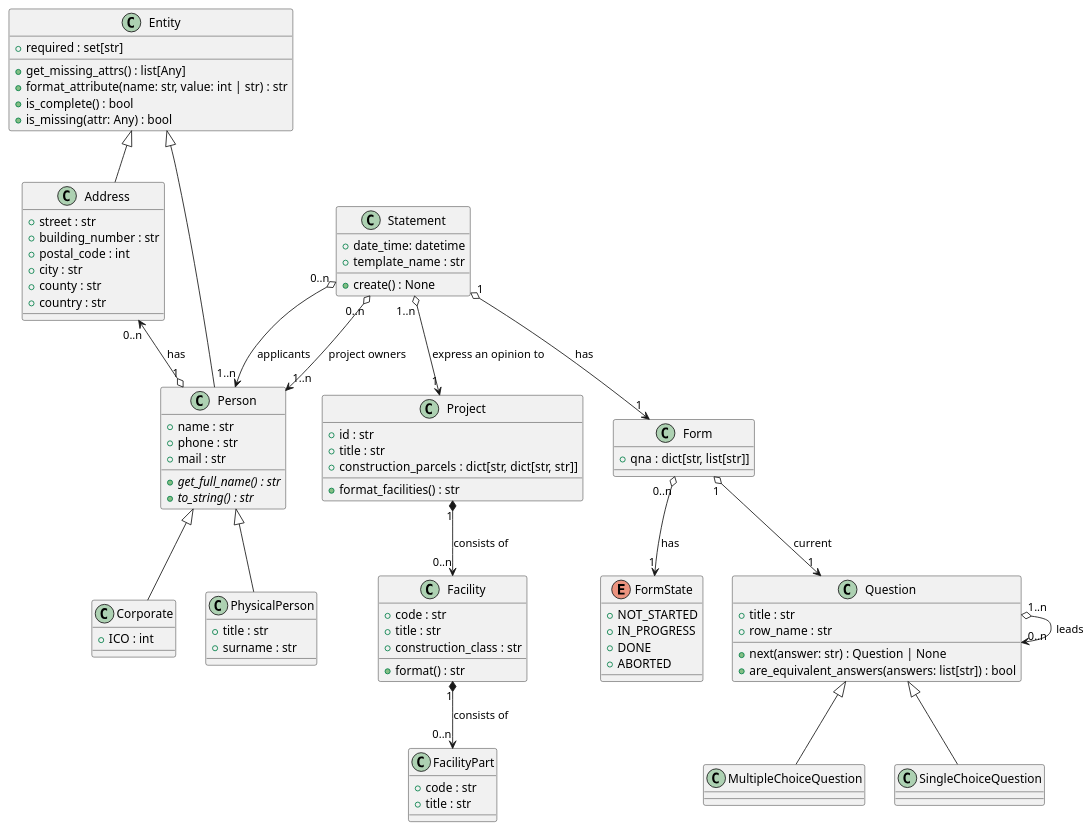
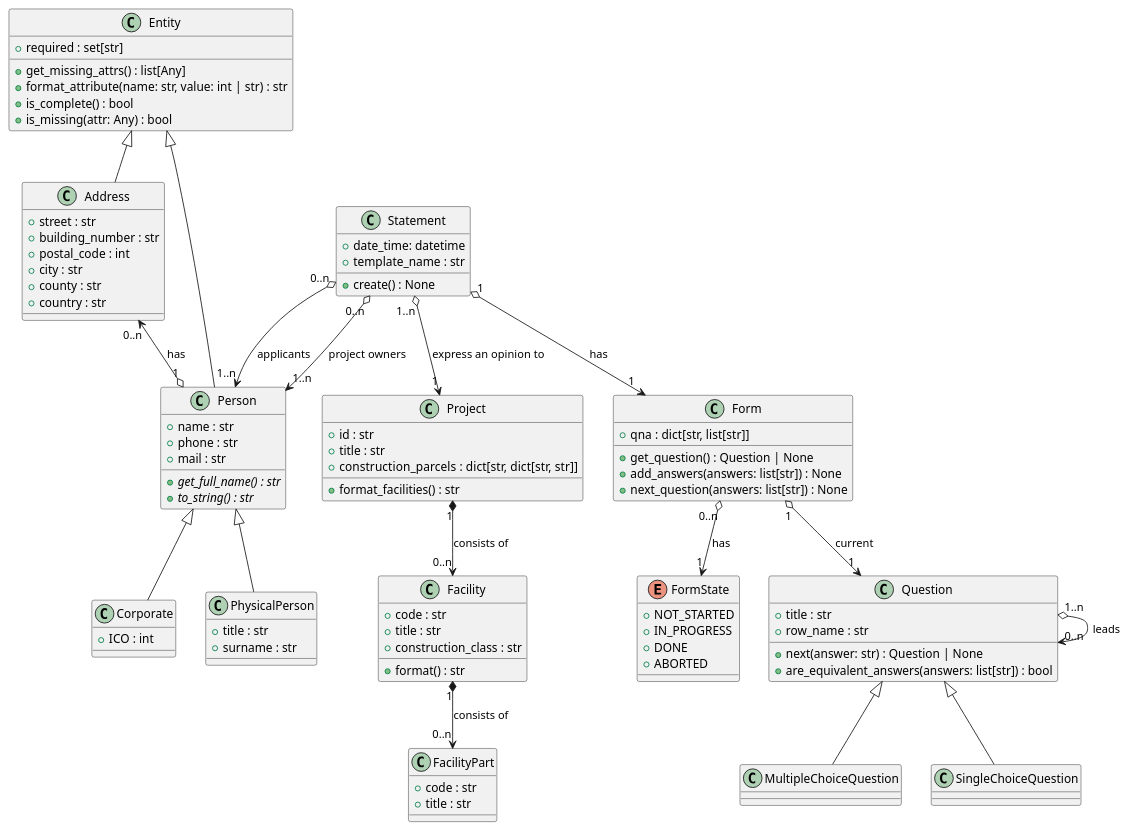
One commit to PetoSisan/DPO changed the diagram in docs/data_class_diagram.puml. Above: the diagram before and after it, drawn with PlantUML.

Commit message:
adds design class diagram

```diff
--- a/docs/data_class_diagram.puml
+++ b/docs/data_class_diagram.puml
@@ -1,111 +1,114 @@
-@startuml Design class diagram
+@startuml Data design class diagram
 
 class Address {
     + street : str
     + building_number : str
     + postal_code : int
     + city : str
     + county : str
     + country : str
 }
 
 class Corporate {
     + ICO : int
 }
 
 class Entity {
     + required : set[str]
     + get_missing_attrs() : list[Any]
     + format_attribute(name: str, value: int | str) : str
     + is_complete() : bool
     + is_missing(attr: Any) : bool
 }
 
 class Facility {
     + code : str
     + title : str
     + construction_class : str
     + format() : str
 }
 
 class FacilityPart {
     + code : str
     + title : str
 }
 
 class Person {
     + name : str
     + phone : str
     + mail : str
     + {abstract} get_full_name() : str
     + {abstract} to_string() : str
 }
 
 class PhysicalPerson {
     + title : str
     + surname : str
 }
 
 class Project {
     + id : str
     + title : str
     + construction_parcels : dict[str, dict[str, str]]
     + format_facilities() : str
 }
 
 
 class Statement {
     + date_time: datetime
     + template_name : str
     + create() : None
 }
 
 class Form {
     + qna : dict[str, list[str]]
+    + get_question() : Question | None
+    + add_answers(answers: list[str]) : None
+    + next_question(answers: list[str]) : None
 }
 
 enum FormState {
     + NOT_STARTED
     + IN_PROGRESS
     + DONE
     + ABORTED
 }
 
-class MultipleChoiceQuestion {
-
-}
-
 class Question {
     + title : str
     + row_name : str
     + next(answer: str) : Question | None
     + are_equivalent_answers(answers: list[str]) : bool
+}
+
+class MultipleChoiceQuestion {
+
 }
 
 class SingleChoiceQuestion {
 
 }
 
 Entity <|-- Address
 Entity <|-- Person
 Person <|-- PhysicalPerson
 Person <|-- Corporate
 Question <|-- SingleChoiceQuestion
 Question <|-- MultipleChoiceQuestion
 
 Facility "1" *--> "0..n" FacilityPart : "consists of"
 Address "0..n" <--o "1" Person  : "has"
 Project "1" *--> "0..n" Facility : "consists of"
 
 
 Statement "0..n" o--> "1..n" Person : "applicants"
 Statement "0..n" o--> "1..n" Person : "project owners"
 Statement "1..n" o--> "1" Project : "express an opinion to"
 Statement "1" o--> "1" Form : "has"
 
 Form "1" o--> "1" Question : "current"
 Form "0..n" o--> "1" FormState : "has"
 
 Question "1..n" o--> "0..n" Question : "leads"
 
 @enduml
```
